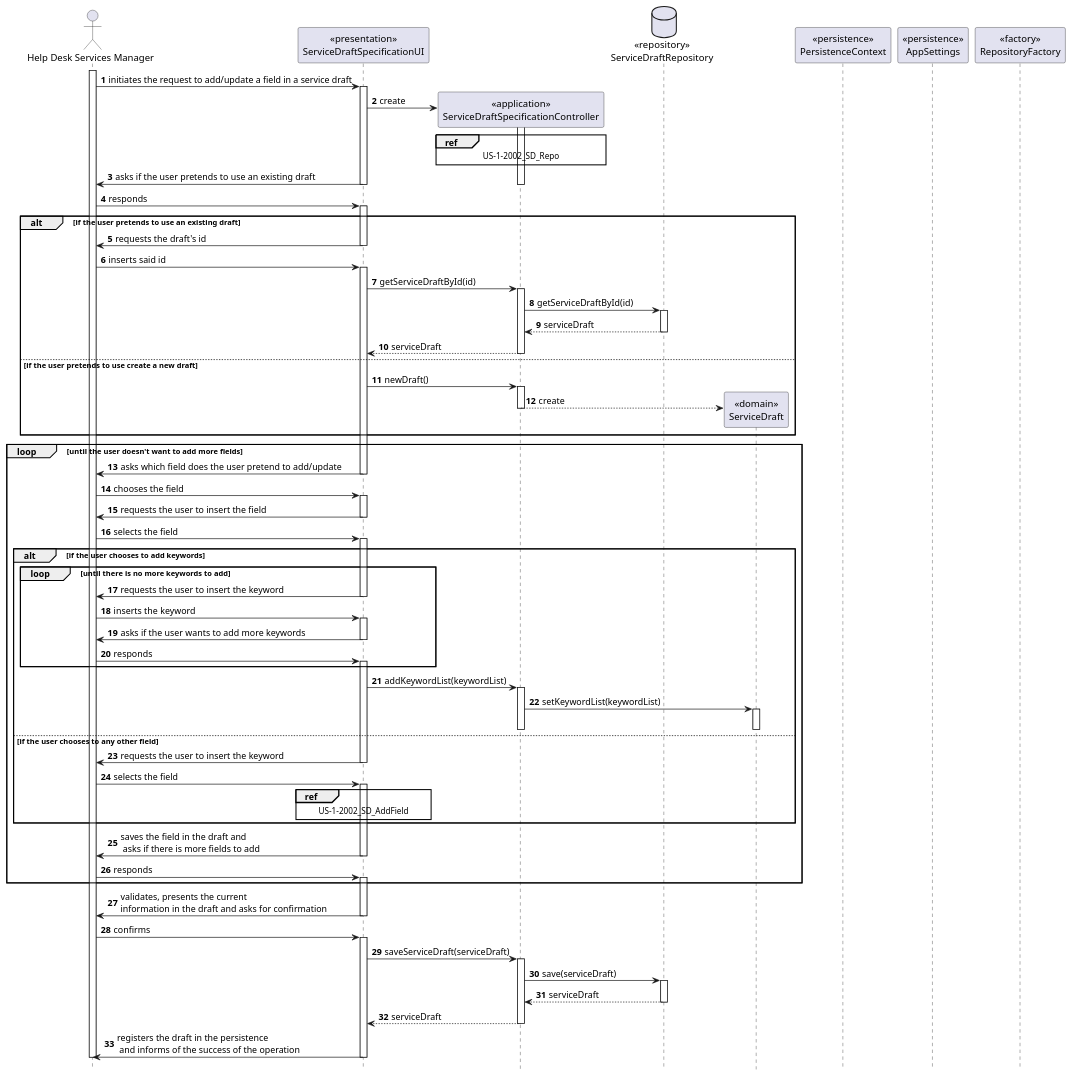
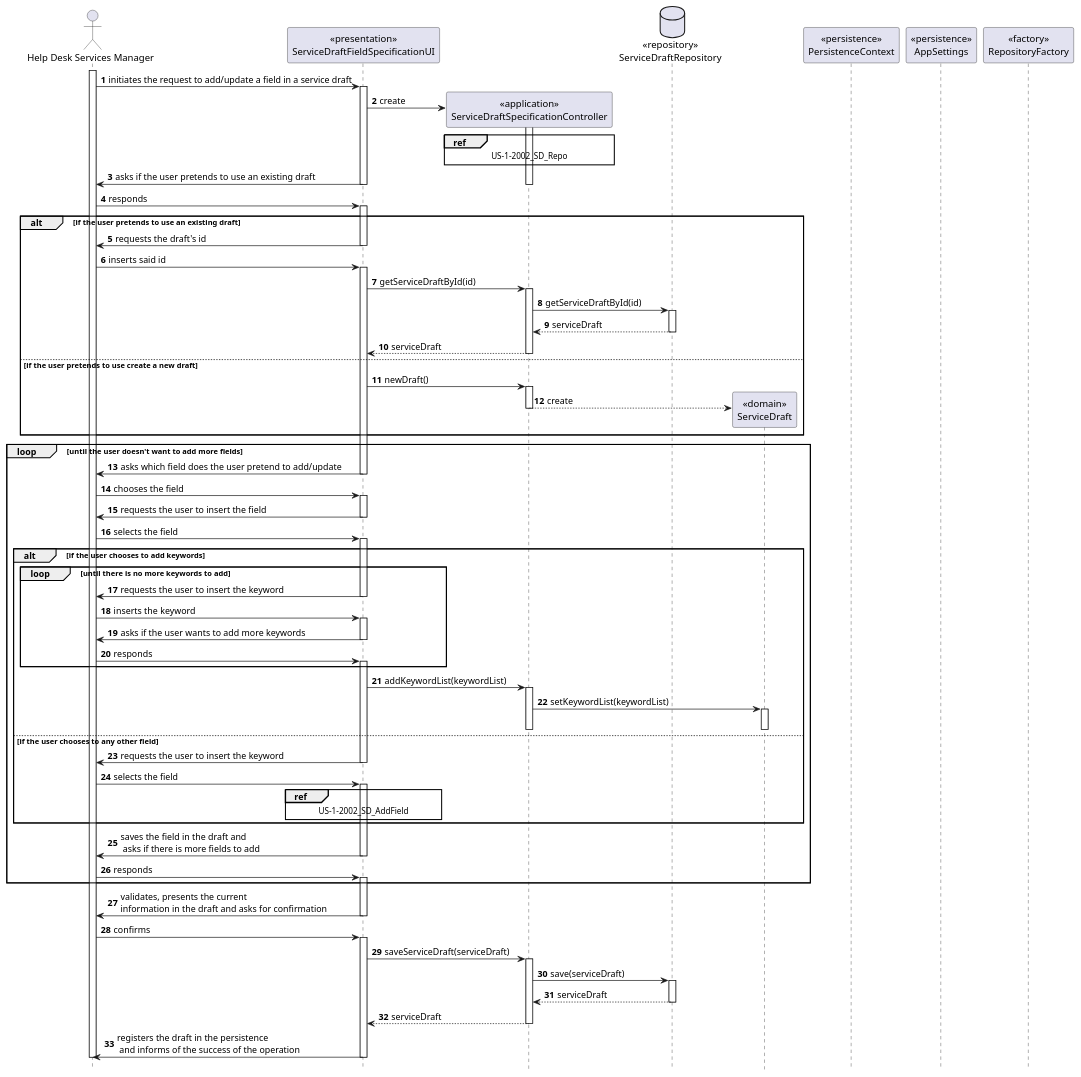
Before and after one commit to tiagoavcosta25/LAPR4: the diagram in doc/engenharia/SprintB/1190967/US-1-2002_EspecificarServico/DraftFieldSpecification/US-1-2002_SD.puml, drawn with PlantUML. The commit also changed 3 other files, not shown here.

Commit message:
LAPR4-67 #design #fixing Draft Field Diagram Changes

```diff
--- a/doc/engenharia/SprintB/1190967/US-1-2002_EspecificarServico/DraftFieldSpecification/US-1-2002_SD.puml
+++ b/doc/engenharia/SprintB/1190967/US-1-2002_EspecificarServico/DraftFieldSpecification/US-1-2002_SD.puml
@@ -1,139 +1,139 @@
 @startuml
 autonumber
 hide footbox
 
 actor "Help Desk Services Manager" as HSM
 
-participant "<<presentation>>\nServiceDraftSpecificationUI" as UI
+participant "<<presentation>>\nServiceDraftFieldSpecificationUI" as UI
 participant "<<application>>\nServiceDraftSpecificationController" as CTRL
 database "<<repository>>\nServiceDraftRepository" as SR
 participant "<<domain>>\nServiceDraft" as S
 participant "<<persistence>>\nPersistenceContext" as PC
 participant "<<persistence>>\nAppSettings" as AS
 participant "<<factory>>\nRepositoryFactory" as RF
 
 activate HSM
 
 HSM -> UI : initiates the request to add/update a field in a service draft
 activate UI
 
 UI -> CTRL** : create
 activate CTRL
 
 ref over CTRL
   US-1-2002_SD_Repo
 end ref
 
 UI -> HSM : asks if the user pretends to use an existing draft
 deactivate CTRL
 deactivate UI
 
 HSM -> UI : responds
 activate UI
 
 alt if the user pretends to use an existing draft
 UI -> HSM : requests the draft's id
 deactivate UI
 
 HSM -> UI : inserts said id
 activate UI
 
 UI -> CTRL : getServiceDraftById(id)
 activate CTRL
 
 CTRL -> SR : getServiceDraftById(id)
 activate SR
 SR --> CTRL : serviceDraft
 deactivate SR
 
 CTRL --> UI : serviceDraft
 deactivate CTRL
 
 else if the user pretends to use create a new draft
 
 UI -> CTRL : newDraft()
 activate CTRL
 
 CTRL --> S** : create
 deactivate CTRL
 end
 
 loop until the user doesn't want to add more fields
 UI -> HSM : asks which field does the user pretend to add/update
 deactivate UI
 
 HSM -> UI : chooses the field
 activate UI
 
 UI -> HSM : requests the user to insert the field
 deactivate UI
 
 HSM -> UI : selects the field
 activate UI
 
 alt if the user chooses to add keywords
 loop until there is no more keywords to add
 UI -> HSM : requests the user to insert the keyword
 deactivate UI
 
 HSM -> UI : inserts the keyword
 activate UI
 
 UI -> HSM : asks if the user wants to add more keywords
 deactivate UI
 
 HSM -> UI : responds
 activate UI
 end
 
 UI -> CTRL : addKeywordList(keywordList)
 activate CTRL
 
 CTRL -> S : setKeywordList(keywordList)
 activate S
 deactivate S
 deactivate CTRL
 
 else if the user chooses to any other field
 
 UI -> HSM : requests the user to insert the keyword
 deactivate UI
 
 HSM -> UI : selects the field
 activate UI
 
 ref over UI
     US-1-2002_SD_AddField
 end ref
 end
 
 UI -> HSM : saves the field in the draft and\n asks if there is more fields to add
 deactivate UI
 
 HSM -> UI : responds
 activate UI
 end
 
 UI -> HSM : validates, presents the current \ninformation in the draft and asks for confirmation
 deactivate UI
 
 HSM -> UI : confirms
 activate UI
 
 UI -> CTRL : saveServiceDraft(serviceDraft)
 activate CTRL
 
 CTRL -> SR : save(serviceDraft)
 activate SR
 SR --> CTRL : serviceDraft
 deactivate SR
 
 
 CTRL --> UI : serviceDraft
 deactivate CTRL
 
 UI -> HSM : registers the draft in the persistence\n and informs of the success of the operation
 deactivate UI
 deactivate HSM
 
 @enduml
```
